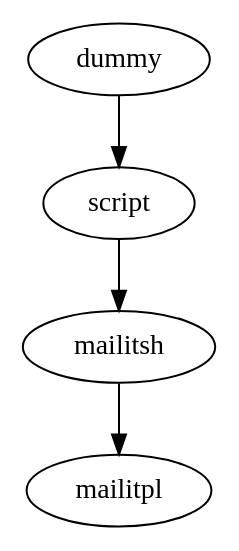
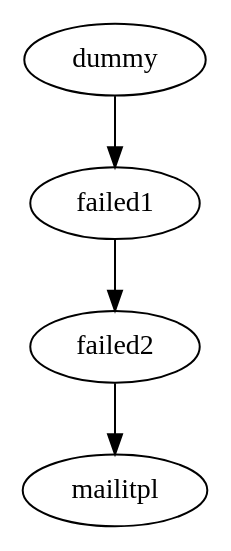
One commit to crackcell/hpipe changed the diagram in examples/email/email.dot. Above: the diagram before and after it, drawn with Graphviz. The commit also changed 11 other files, not shown here.

```diff
--- a/examples/email/email.dot
+++ b/examples/email/email.dot
@@ -1,30 +1,29 @@
 digraph email {
-    dummy -> script
-    script -> mailitsh [nonstrict="true"]
-    mailitsh -> mailitpl
+    dummy -> failed1 -> failed2
+    failed2 -> mailitpl [nonstrict="true"]
     dummy [
         name="dummy"
         type="dummy"
         ]
-    script [
-        name="script"
+    failed1 [
+        name="failed1"
         type="script"
         interpreter="bash"
-        output="/tmp/hpipe/examples/email/output/${bizdate}/script"
-        script="script.sh ${bizdate} 'space and' 'XX YY' xxx-asdf_rr.sh ${job_report}"
+        output="/tmp/hpipe/examples/email/output/${bizdate}/failed1"
+        script="failed.sh ${bizdate} 'space and' 'XX YY' xxx-asdf_rr.sh ${job_report}"
         ]
-    mailitsh [
-        name="mailit.sh"
+    failed2 [
+        name="failed2"
         type="script"
         interpreter="bash"
-        output="/tmp/hpipe/examples/email/output/${bizdate}/mailit.sh"
-        script="mailit.sh ${bizdate} ${job_report}"
+        output="/tmp/hpipe/examples/email/output/${bizdate}/failed2"
+        script="failed.sh ${bizdate} 'space and' 'XX YY' xxx-asdf_rr.sh ${job_report}"
         ]
     mailitpl [
         name="mailit.pl"
         type="script"
         interpreter="perl"
         output="/tmp/hpipe/examples/email/output/${bizdate}/mailit.pl"
         script="mailit.pl ${bizdate} ${job_report}"
         ]
 }
```
